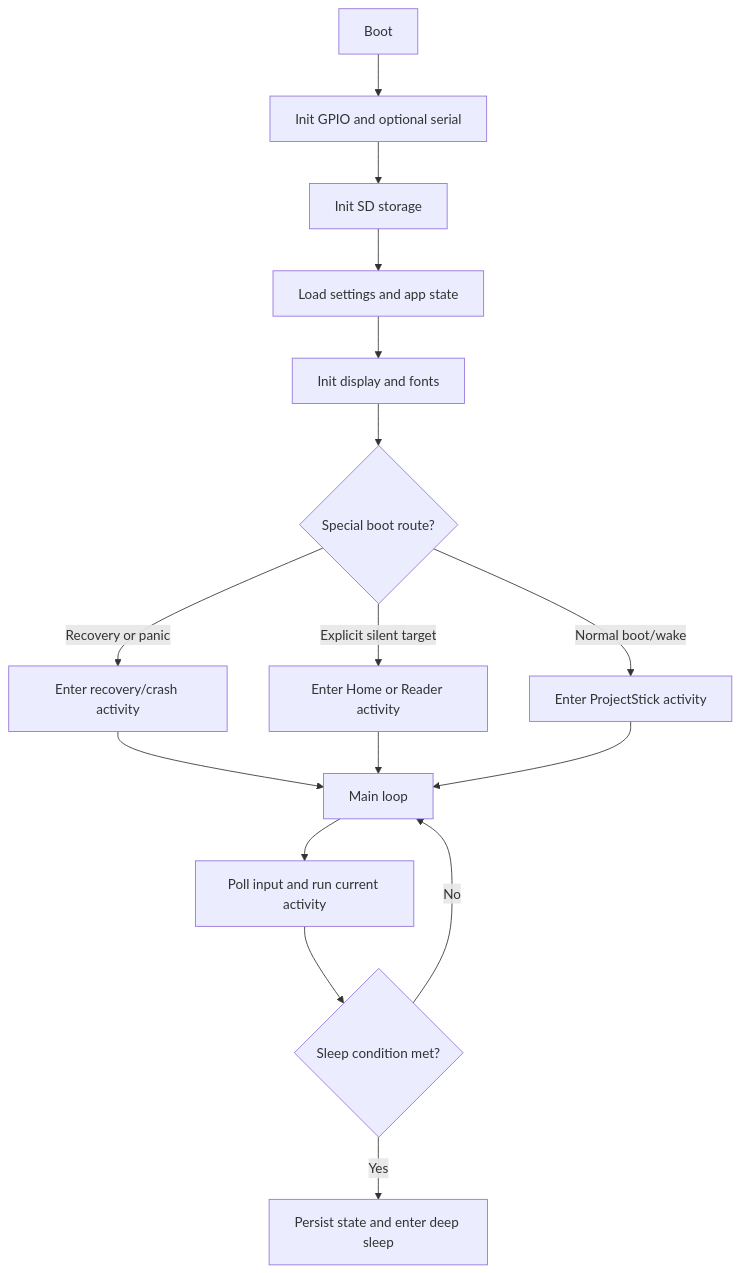
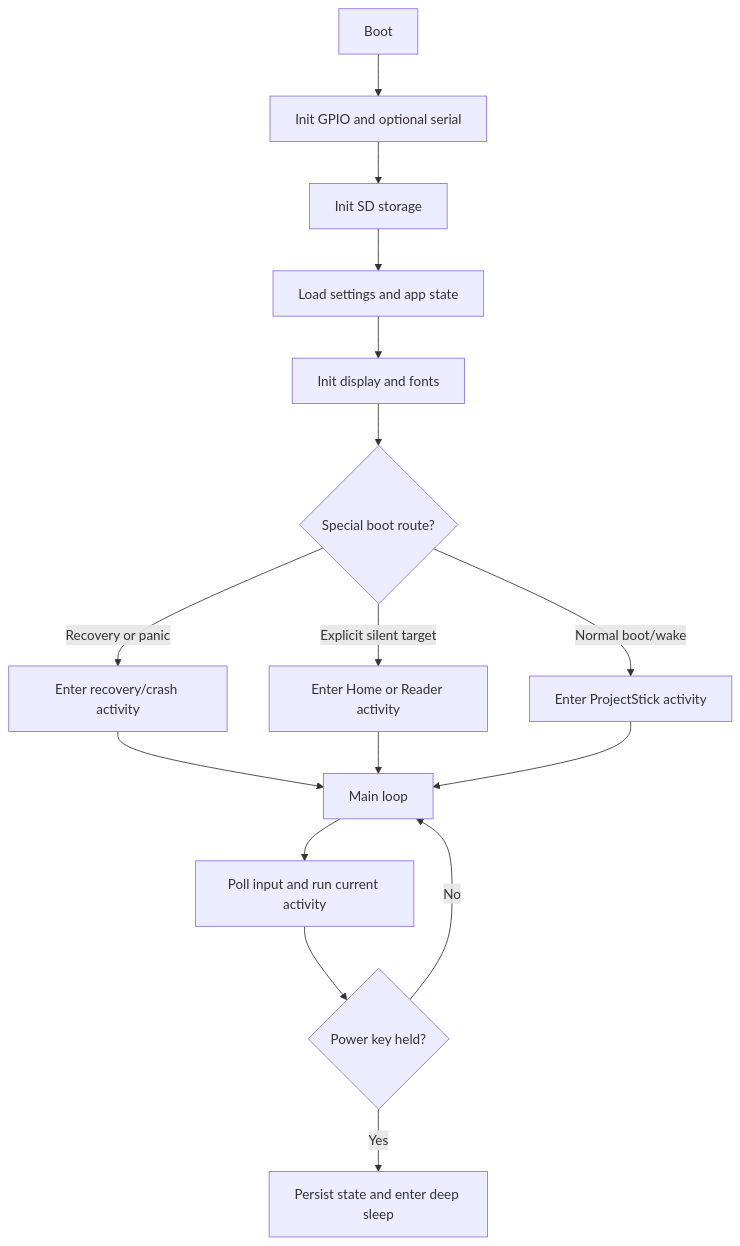
One commit to PlutoKeating/crosspoint-reader changed the second of 4 diagrams in docs/contributing/architecture.md. Above: the diagram before and after it, drawn with Mermaid. The commit also changed other lines of this file and 72 other files, not shown here.

````diff
--- a/docs/contributing/architecture.md
+++ b/docs/contributing/architecture.md
@@ -29,18 +29,18 @@
 ```mermaid
 flowchart TD
     A[Boot] --> B[Init GPIO and optional serial]
     B --> C[Init SD storage]
     C --> D[Load settings and app state]
     D --> E[Init display and fonts]
     E --> F{Special boot route?}
     F -->|Recovery or panic| G[Enter recovery/crash activity]
     F -->|Explicit silent target| H[Enter Home or Reader activity]
     F -->|Normal boot/wake| P[Enter ProjectStick activity]
     G --> I[Main loop]
     H --> I
     P --> I
     I --> J[Poll input and run current activity]
-    J --> K{Sleep condition met?}
+    J --> K{Power key held?}
     K -->|No| I
     K -->|Yes| L[Persist state and enter deep sleep]
 ```
````
